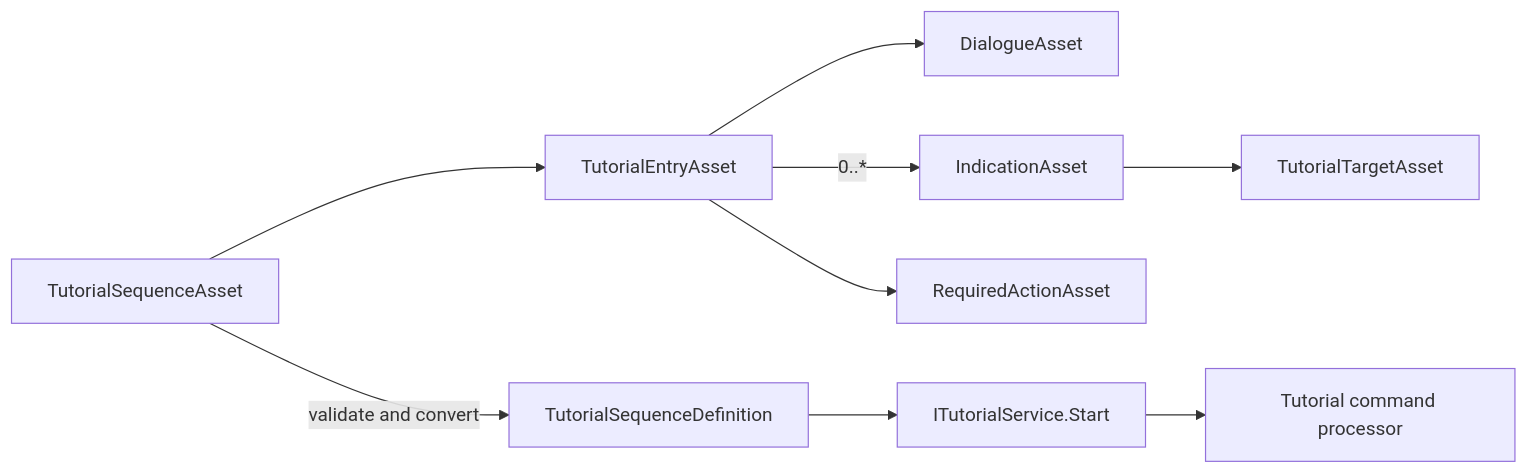
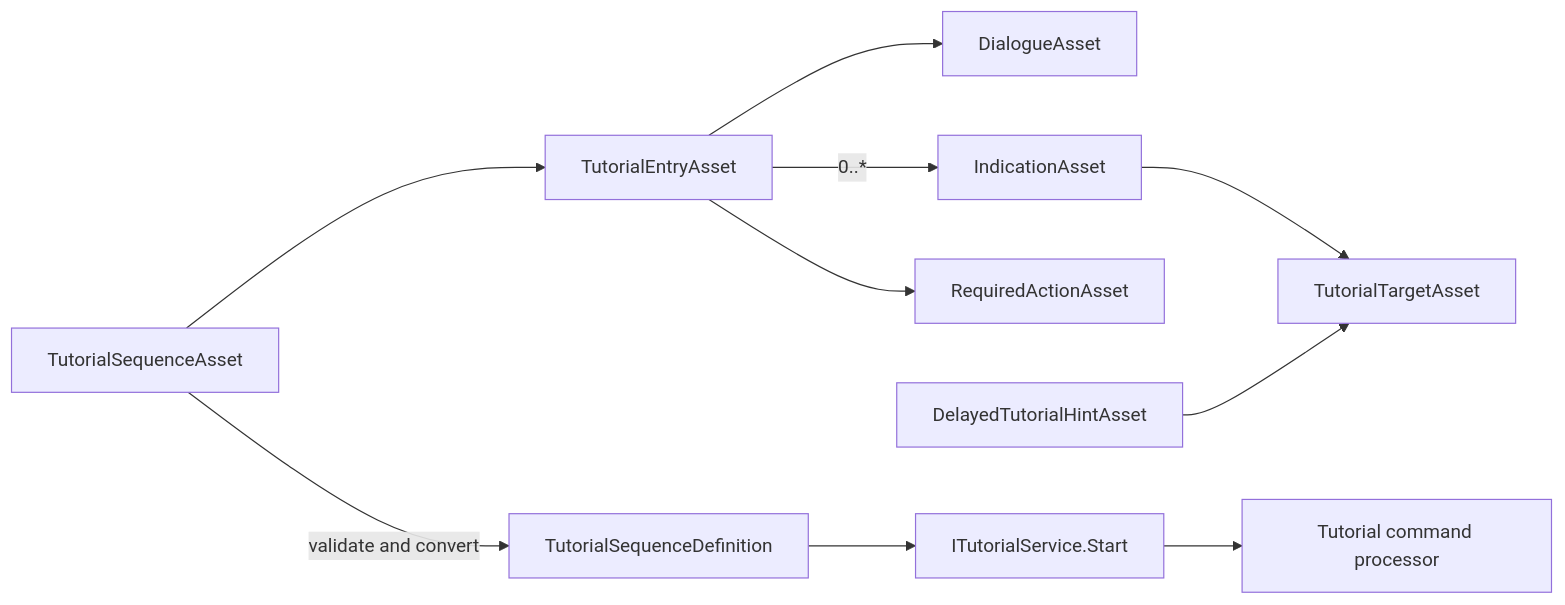
Before and after one commit to czeberesco/AMTutorialArchitecture: the third of 7 diagrams in README.md, drawn with Mermaid. The commit also changed other lines of this file and 74 other files, not shown here.

````diff
--- a/README.md
+++ b/README.md
@@ -94,19 +100,21 @@
 ```mermaid
 flowchart LR
     SequenceAsset[TutorialSequenceAsset]
     EntryAsset[TutorialEntryAsset]
     DialogueAsset[DialogueAsset]
     IndicationAsset[IndicationAsset]
     ActionAsset[RequiredActionAsset]
     TargetAsset[TutorialTargetAsset]
+    DelayedHintAsset[DelayedTutorialHintAsset]
 
     SequenceAsset --> EntryAsset
     EntryAsset --> DialogueAsset
     EntryAsset -->|0..*| IndicationAsset
     EntryAsset --> ActionAsset
     IndicationAsset --> TargetAsset
+    DelayedHintAsset --> TargetAsset
 
     SequenceAsset -->|validate and convert| Definition[TutorialSequenceDefinition]
     Definition --> Service[ITutorialService.Start]
     Service --> StateMachine[Tutorial command processor]
 ```
````
